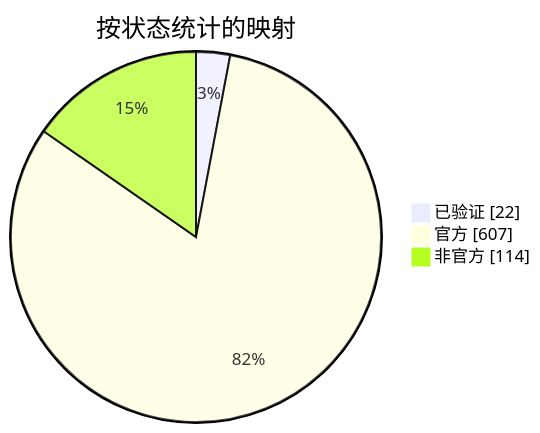
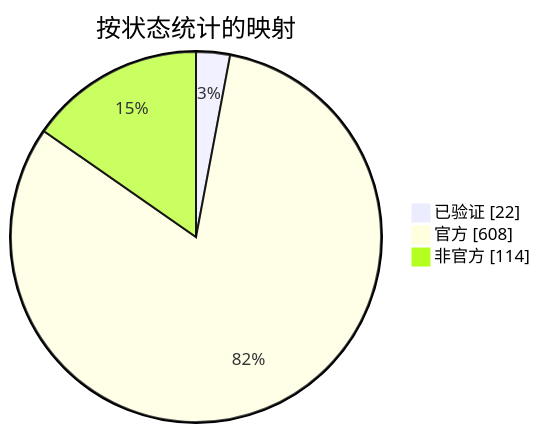
Before and after one commit to nobrega8/mbmap-library: the diagram in docs/readme/README_ZHS.md, drawn with Mermaid. The commit also changed 6 other files, not shown here.

````diff
--- a/docs/readme/README_ZHS.md
+++ b/docs/readme/README_ZHS.md
@@ -54,7 +54,7 @@
 ```mermaid
 pie showData
     title 按状态统计的映射
     "已验证" : 22
-    "官方" : 607
+    "官方" : 608
     "非官方" : 114
 ```
````
